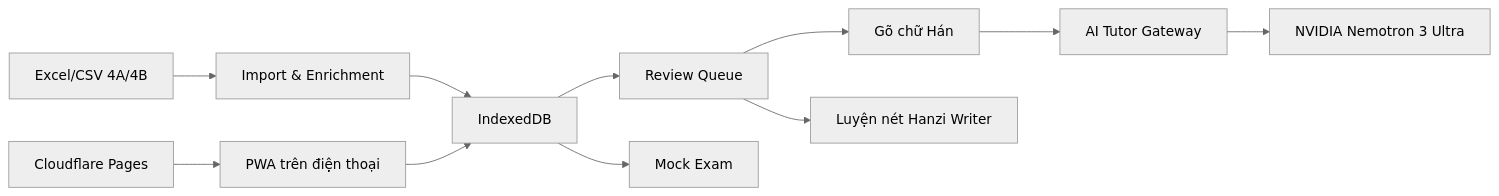
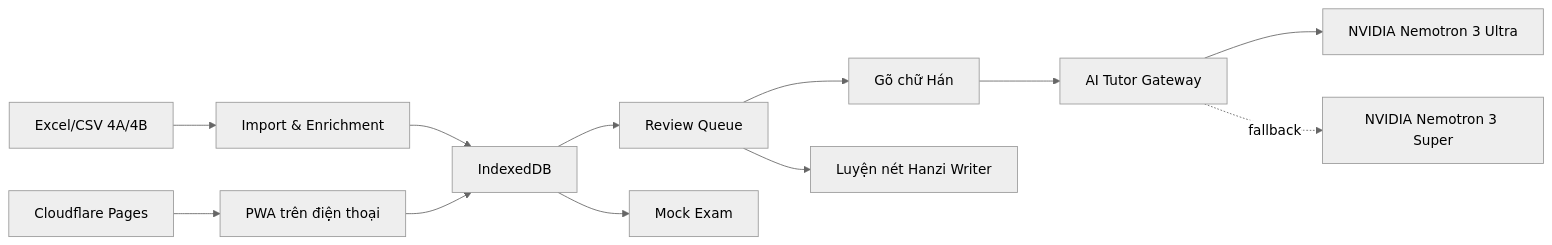
The diagram in README.md (meiiie/hong_hsk), drawn with Mermaid (neutral theme) before and after one commit. The commit also changed other lines of this file and 4 other files, not shown here.

````diff
--- a/README.md
+++ b/README.md
@@ -66,13 +66,14 @@
 ```mermaid
 flowchart LR
   A["Excel/CSV 4A/4B"] --> B["Import & Enrichment"]
   B --> C["IndexedDB"]
   C --> D["Review Queue"]
   D --> E["Gõ chữ Hán"]
   D --> F["Luyện nét Hanzi Writer"]
   E --> J["AI Tutor Gateway"]
   J --> K["NVIDIA Nemotron 3 Ultra"]
+  J -.fallback.-> L["NVIDIA Nemotron 3 Super"]
   C --> G["Mock Exam"]
   H["Cloudflare Pages"] --> I["PWA trên điện thoại"]
   I --> C
 ```
````
